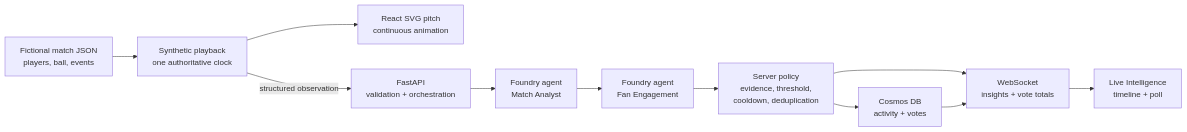
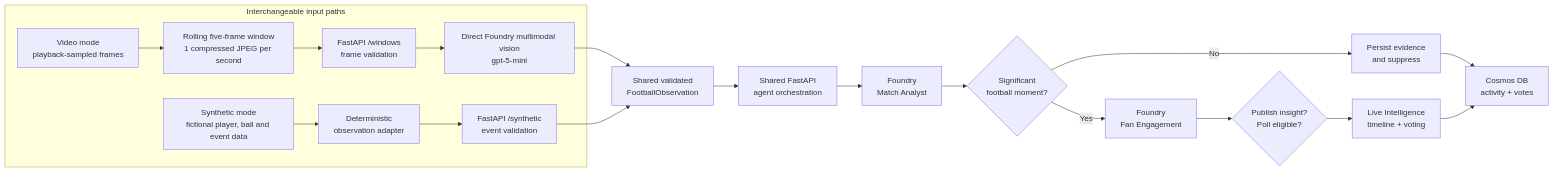
The first of 4 diagrams in README.md (rriviere/fanpulse), drawn with Mermaid before and after one commit. The commit also changed other lines of this file and 1 other file, not shown here.

Commit message:
docs: clarify video and synthetic analysis flows

````diff
--- a/README.md
+++ b/README.md
@@ -27,24 +29,27 @@
 ```mermaid
 flowchart LR
-    DATA["Fictional match JSON<br/>players, ball, events"]
-    PLAYBACK["Synthetic playback<br/>one authoritative clock"]
-    PITCH["React SVG pitch<br/>continuous animation"]
-    API["FastAPI<br/>validation + orchestration"]
-    ANALYST["Foundry agent<br/>Match Analyst"]
-    ENGAGE["Foundry agent<br/>Fan Engagement"]
-    POLICY["Server policy<br/>evidence, threshold,<br/>cooldown, deduplication"]
-    STORE["Cosmos DB<br/>activity + votes"]
-    WS["WebSocket<br/>insights + vote totals"]
-    UI["Live Intelligence<br/>timeline + poll"]
+    subgraph Inputs["Interchangeable input paths"]
+        VIDEO["Video mode<br/>playback-sampled frames"]
+        WINDOW["Rolling five-frame window<br/>1 compressed JPEG per second"]
+        VIDEO_API["FastAPI /windows<br/>frame validation"]
+        VISION["Direct Foundry multimodal vision<br/>gpt-5-mini"]
+        SYNTH["Synthetic mode<br/>fictional player, ball and event data"]
+        ADAPTER["Deterministic<br/>observation adapter"]
+        SYNTH_API["FastAPI /synthetic<br/>event validation"]
 
-    DATA --> PLAYBACK
-    PLAYBACK --> PITCH
-    PLAYBACK -->|structured observation| API
-    API --> ANALYST
-    ANALYST --> ENGAGE
-    ENGAGE --> POLICY
-    POLICY --> STORE
-    POLICY --> WS
-    STORE --> WS
-    WS --> UI
+        VIDEO --> WINDOW --> VIDEO_API --> VISION
+        SYNTH --> ADAPTER --> SYNTH_API
+    end
+
+    VISION --> OBS["Shared validated<br/>FootballObservation"]
+    SYNTH_API --> OBS
+    OBS --> API["Shared FastAPI<br/>agent orchestration"]
+    API --> ANALYST["Foundry<br/>Match Analyst"]
+    ANALYST --> GATE{"Significant<br/>football moment?"}
+    GATE -->|No| SUPPRESS["Persist evidence<br/>and suppress"]
+    GATE -->|Yes| ENGAGE["Foundry<br/>Fan Engagement"]
+    ENGAGE --> POLICY{"Publish insight?<br/>Poll eligible?"}
+    POLICY --> OUTPUT["Live Intelligence<br/>timeline + voting"]
+    SUPPRESS --> STORE["Cosmos DB<br/>activity + votes"]
+    OUTPUT --> STORE
 ```
````
